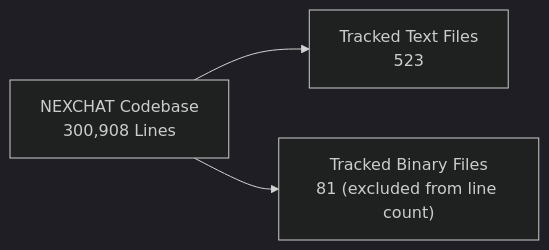
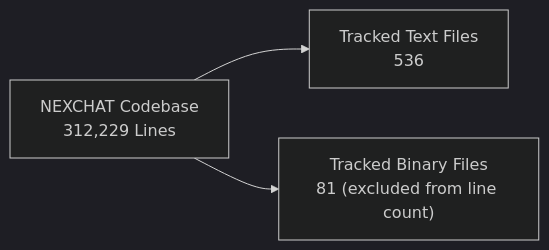
One commit to alexhack235-code/NEXCHAT changed the second of 3 diagrams in count.md. Above: the diagram before and after it, drawn with Mermaid (dark theme). The commit also changed other lines of this file and 42 other files, not shown here.

````diff
--- a/count.md
+++ b/count.md
@@ -78,5 +78,5 @@
 ```mermaid
 flowchart LR
-    ROOT["NEXCHAT Codebase<br/>300,908 Lines"] --> TEXT["Tracked Text Files<br/>523"]
+    ROOT["NEXCHAT Codebase<br/>312,229 Lines"] --> TEXT["Tracked Text Files<br/>536"]
     ROOT --> BINARY["Tracked Binary Files<br/>81 (excluded from line count)"]
 ```
````
